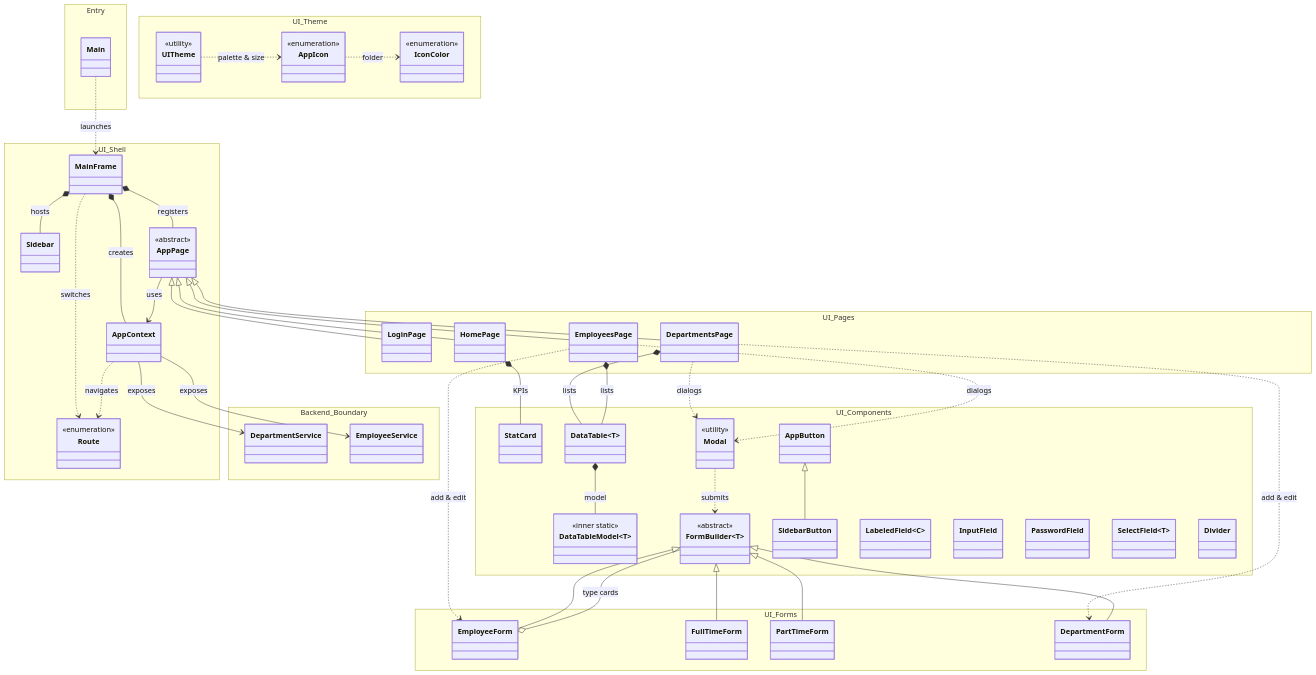
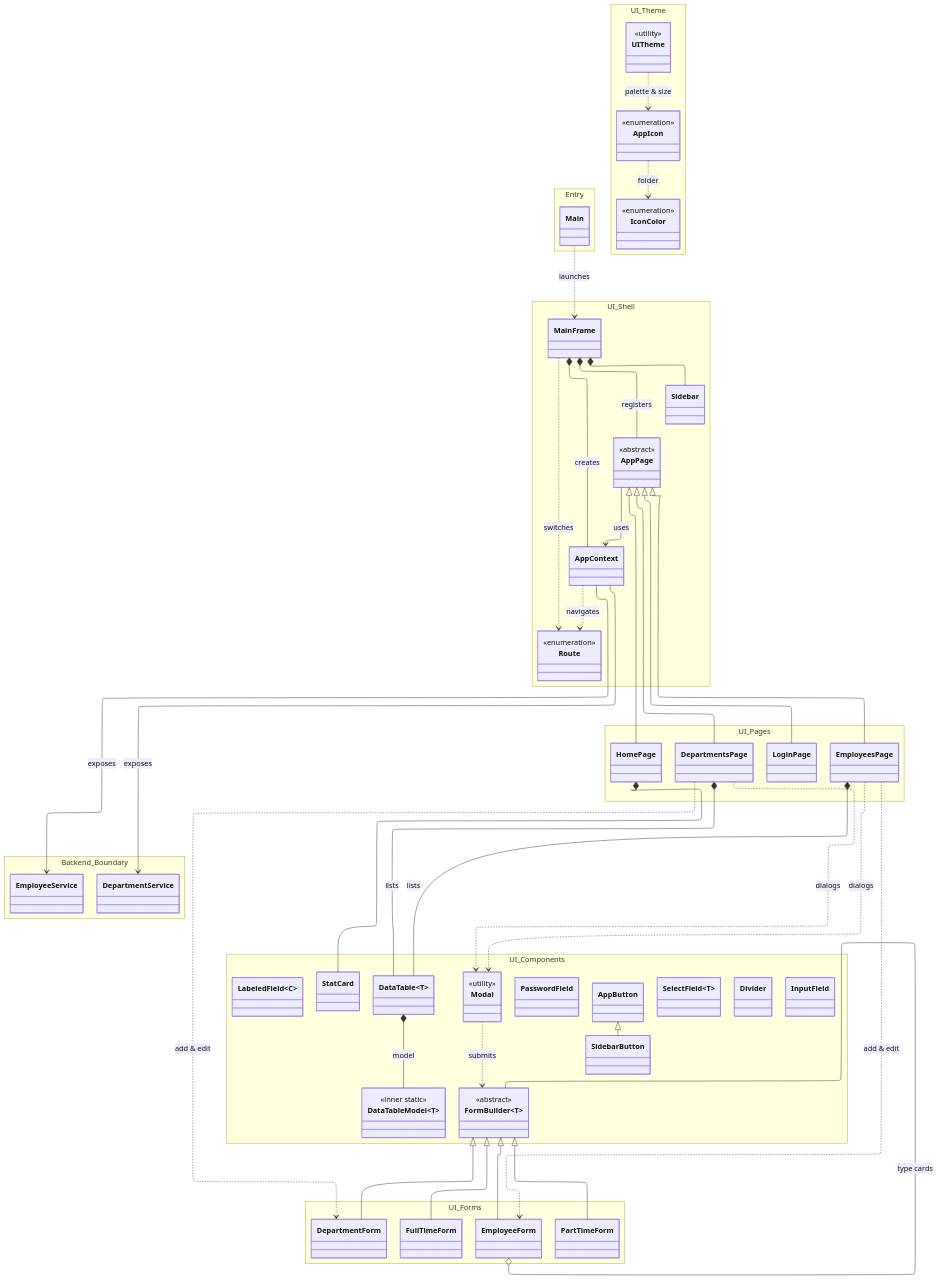
One commit to ZiedDev/programming2-project2 changed the first of 5 diagrams in UML Design/frontend-class-diagram.md. Above: the diagram before and after it, drawn with Mermaid. The commit also changed other lines of this file and 1 other file, not shown here.

Commit message:
add orthogonal lines to frontend and backend diagrams

````diff
--- a/UML Design/frontend-class-diagram.md
+++ b/UML Design/frontend-class-diagram.md
@@ -21,4 +21,8 @@
 ```mermaid
+---
+config:
+  layout: elk
+---
 classDiagram
     direction TB
 
@@ -92,7 +96,7 @@
 
     %% Entry & Shell
     Main ..> MainFrame : launches
-    MainFrame *-- Sidebar : hosts
+    MainFrame *-- Sidebar
     MainFrame *-- AppContext : creates
     MainFrame *-- AppPage : registers
     MainFrame ..> Route : switches
@@ -108,7 +112,7 @@
     AppPage <|-- EmployeesPage
 
     %% Key Page Collaborators
-    HomePage *-- StatCard : KPIs
+    HomePage *-- StatCard
     DepartmentsPage *-- DataTable~T~ : lists
     EmployeesPage *-- DataTable~T~ : lists
     DepartmentsPage ..> Modal : dialogs
````
